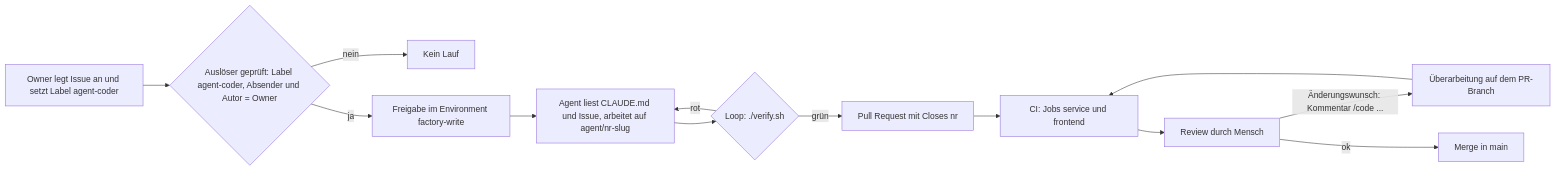
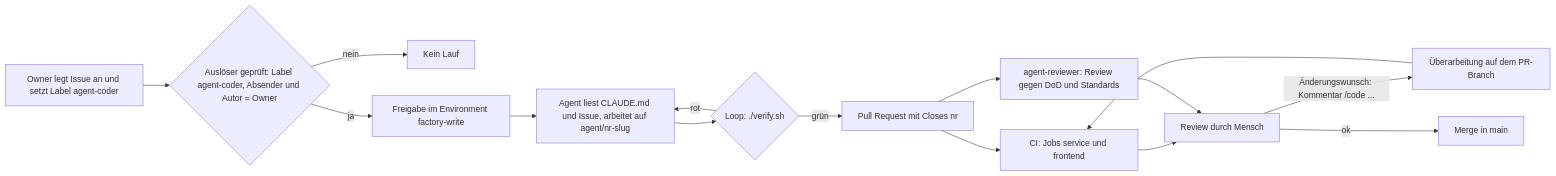
The second of 2 diagrams in docs/process.md (juheba/sw-factory-tryout), drawn with Mermaid before and after one commit. The commit also changed 5 other files, not shown here.

First line of the commit message:
docs: Roadmap-Diagramm und Doku auf den Ist-Stand (B6) (#206)

````diff
--- a/docs/process.md
+++ b/docs/process.md
@@ -23,15 +23,17 @@
 ```mermaid
 flowchart LR
     O[Owner legt Issue an und setzt Label agent-coder] --> T{Auslöser geprüft: Label agent-coder, Absender und Autor = Owner}
     T -->|nein| X[Kein Lauf]
     T -->|ja| E[Freigabe im Environment factory-write]
     E --> A[Agent liest CLAUDE.md und Issue, arbeitet auf agent/nr-slug]
     A --> L{Loop: ./verify.sh}
     L -->|rot| A
     L -->|grün| PR[Pull Request mit Closes nr]
     PR --> CI[CI: Jobs service und frontend]
+    PR --> RV[agent-reviewer: Review gegen DoD und Standards]
     CI --> R[Review durch Mensch]
+    RV --> R
     R -->|Änderungswunsch: Kommentar /code ...| RK[Überarbeitung auf dem PR-Branch]
     RK --> CI
     R -->|ok| M[Merge in main]
 ```
````
